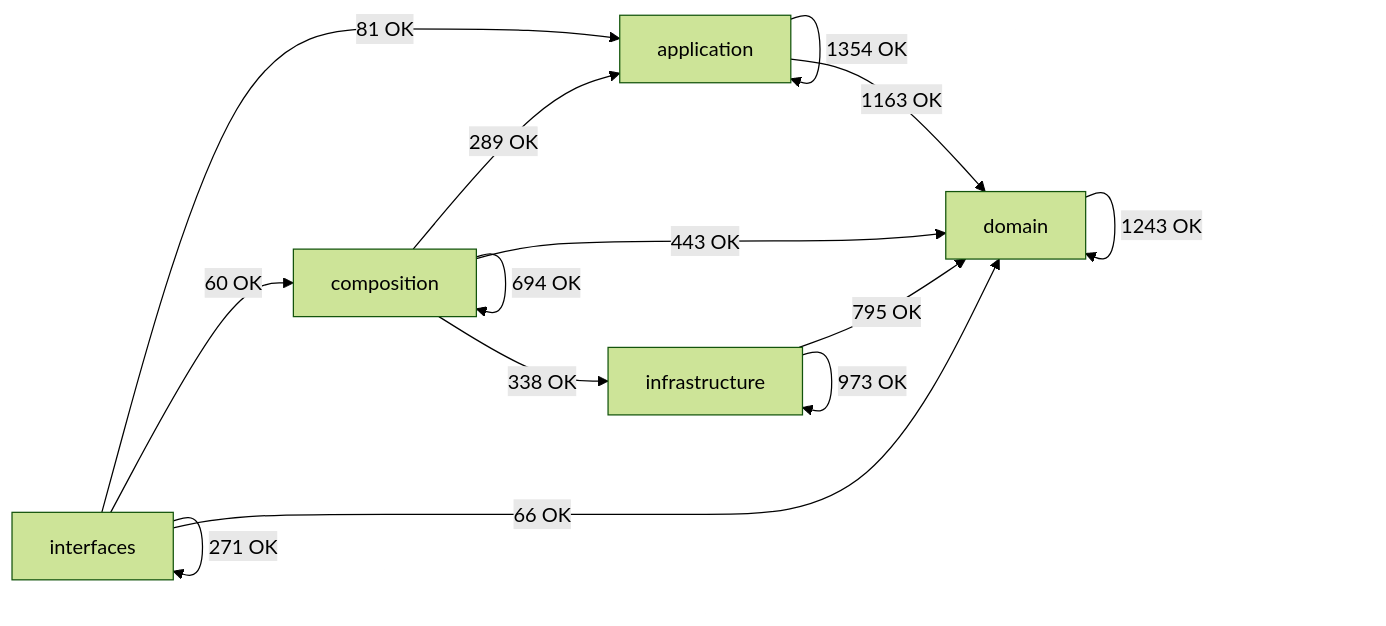
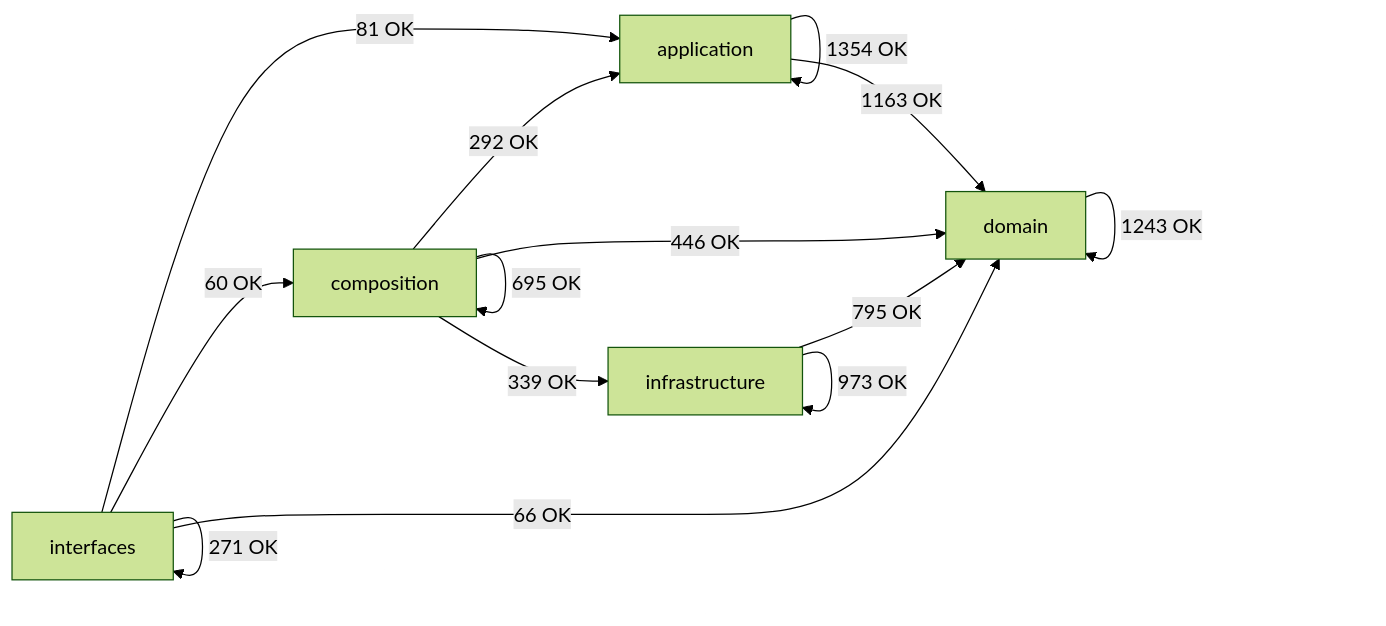
One commit to SatoryKono/BioactivityDataAcquisition changed the diagram in docs/02-architecture/generated/module-dependency-map.md. Above: the diagram before and after it, drawn with Mermaid (forest theme). The commit also changed other lines of this file and 26 other files, not shown here.

````diff
--- a/docs/02-architecture/generated/module-dependency-map.md
+++ b/docs/02-architecture/generated/module-dependency-map.md
@@ -17,21 +17,21 @@
 ```mermaid
 flowchart LR
     domain[domain]
     application[application]
     infrastructure[infrastructure]
     composition[composition]
     interfaces[interfaces]
     application -->|1354 OK| application
     application -->|1163 OK| domain
-    composition -->|289 OK| application
-    composition -->|694 OK| composition
-    composition -->|443 OK| domain
-    composition -->|338 OK| infrastructure
+    composition -->|292 OK| application
+    composition -->|695 OK| composition
+    composition -->|446 OK| domain
+    composition -->|339 OK| infrastructure
     domain -->|1243 OK| domain
     infrastructure -->|795 OK| domain
     infrastructure -->|973 OK| infrastructure
     interfaces -->|81 OK| application
     interfaces -->|60 OK| composition
     interfaces -->|66 OK| domain
     interfaces -->|271 OK| interfaces
 ```
````
